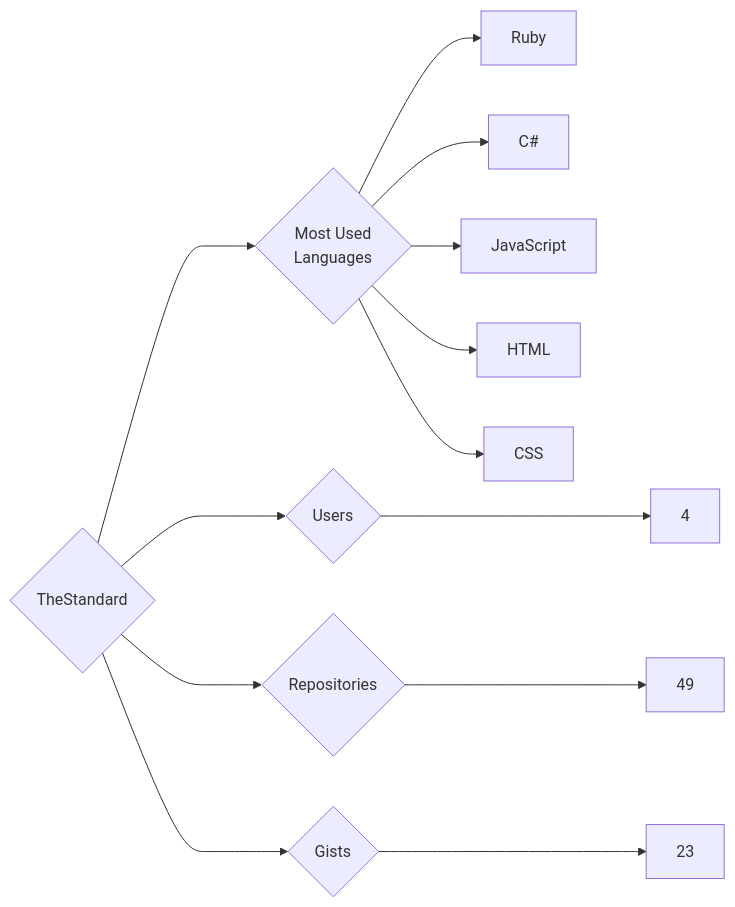
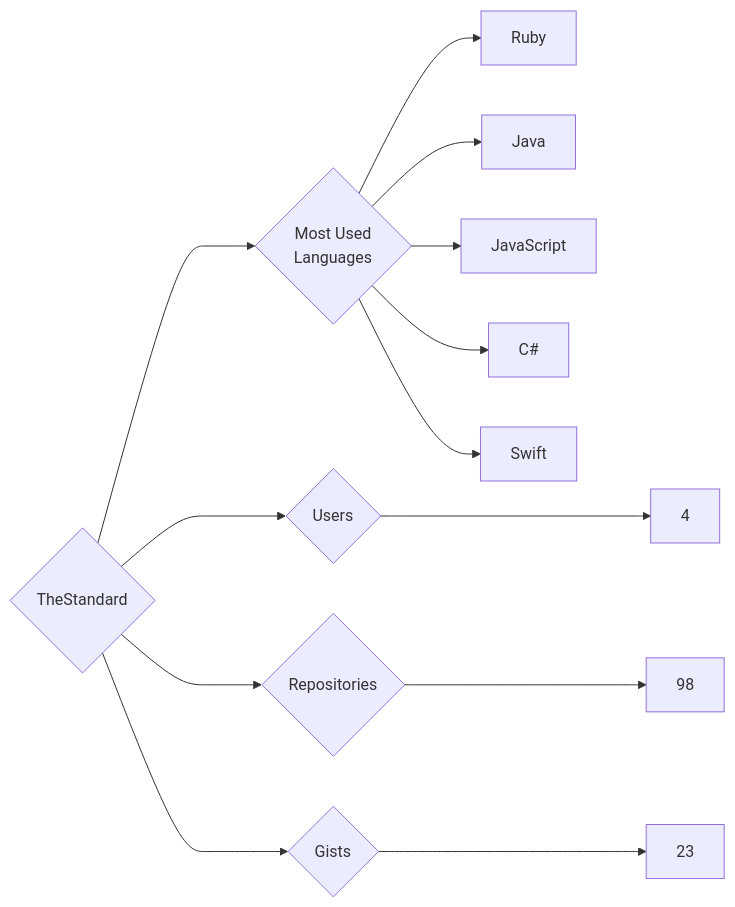
The diagram in targets/TheStandard/README.md (trickest/insiders), drawn with Mermaid before and after one commit. The commit also changed 1479 other files, not shown here.

````diff
--- a/targets/TheStandard/README.md
+++ b/targets/TheStandard/README.md
@@ -3,13 +3,13 @@
 ```mermaid
 graph LR
 COMPANY_NAME{TheStandard}
 COMPANY_NAME ---> U{Users} ---> UN[4]
-COMPANY_NAME ---> R{Repositories} ---> RN[49]
+COMPANY_NAME ---> R{Repositories} ---> RN[98]
 COMPANY_NAME ---> G{Gists} ---> GN[23]
 COMPANY_NAME ---> ML{Most Used<br>Languages}
 ML --> Ruby[Ruby]
+ML --> Java[Java]
+ML --> JavaScript[JavaScript]
 ML --> C#[C#]
-ML --> JavaScript[JavaScript]
-ML --> HTML[HTML]
-ML --> CSS[CSS]
+ML --> Swift[Swift]
 ```
````
